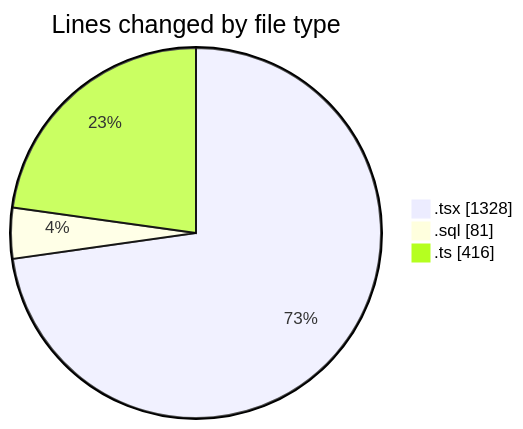
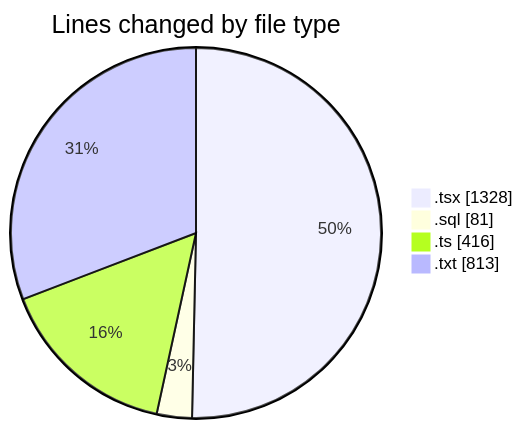
Before and after one commit to lephambinh05/code-tracking: the first of 2 diagrams in 2025-09-09/hiai-phf/README.md, drawn with Mermaid. The commit also changed other lines of this file and 1 other file, not shown here.

````diff
--- a/2025-09-09/hiai-phf/README.md
+++ b/2025-09-09/hiai-phf/README.md
@@ -36,7 +37,8 @@
 ```mermaid
 pie showData
 title Lines changed by file type
 ".tsx" : 1328
 ".sql" : 81
 ".ts" : 416
+".txt" : 813
 ```
````
